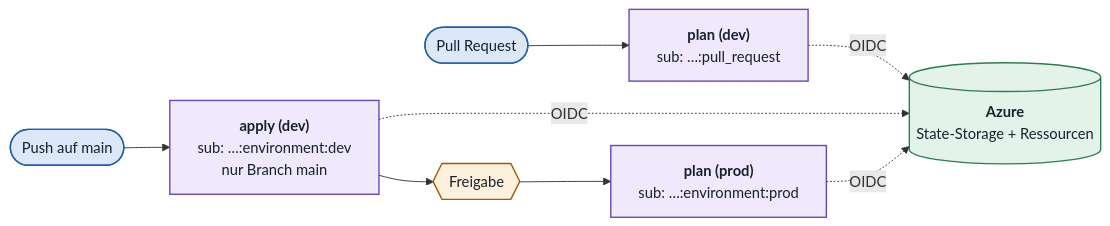
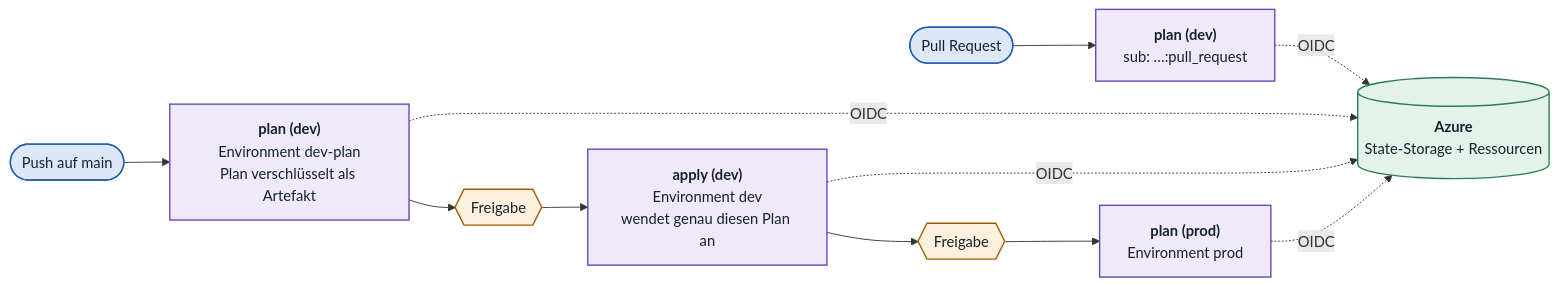
Before and after one commit to alonsodon/azure-private-aks-platform: the second of 2 diagrams in README.md, drawn with Mermaid. The commit also changed other lines of this file and 3 other files, not shown here.

````diff
--- a/README.md
+++ b/README.md
@@ -197,12 +213,13 @@
 ```mermaid
 flowchart LR
-  pr(["Pull Request"]):::trigger --> plan["<b>plan (dev)</b><br/>sub: …:pull_request"]:::step
-  push(["Push auf main"]):::trigger --> apply["<b>apply (dev)</b><br/>sub: …:environment:dev<br/>nur Branch main"]:::step
-  apply --> gate{{"Freigabe"}}:::gate --> pplan["<b>plan (prod)</b><br/>sub: …:environment:prod"]:::step
-  plan & apply & pplan -. "OIDC" .-> az[("<b>Azure</b><br/>State-Storage + Ressourcen")]:::az
+  pr(["Pull Request"]):::trigger --> prplan["<b>plan (dev)</b><br/>sub: …:pull_request"]:::step
+  push(["Push auf main"]):::trigger --> dplan["<b>plan (dev)</b><br/>Environment dev-plan<br/>Plan verschlüsselt als Artefakt"]:::step
+  dplan --> g1{{"Freigabe"}}:::gate --> apply["<b>apply (dev)</b><br/>Environment dev<br/>wendet genau diesen Plan an"]:::step
+  apply --> g2{{"Freigabe"}}:::gate --> pplan["<b>plan (prod)</b><br/>Environment prod"]:::step
+  prplan & dplan & apply & pplan -. "OIDC" .-> az[("<b>Azure</b><br/>State-Storage + Ressourcen")]:::az
 
   classDef trigger fill:#dce8f8,stroke:#1d5fae,stroke-width:1.5px,color:#17212e
   classDef step fill:#efe9fb,stroke:#6a46b8,stroke-width:1.5px,color:#17212e
   classDef gate fill:#fdf0dc,stroke:#a15c00,stroke-width:1.5px,color:#17212e
   classDef az fill:#e3f3e9,stroke:#2e7d4f,stroke-width:1.5px,color:#17212e
 ```
````
